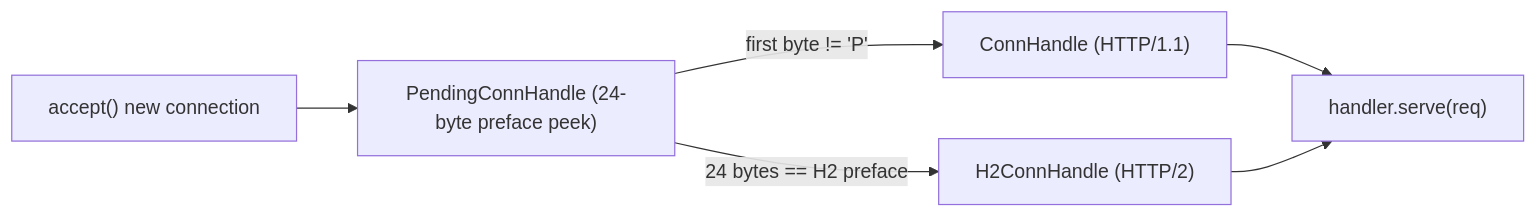
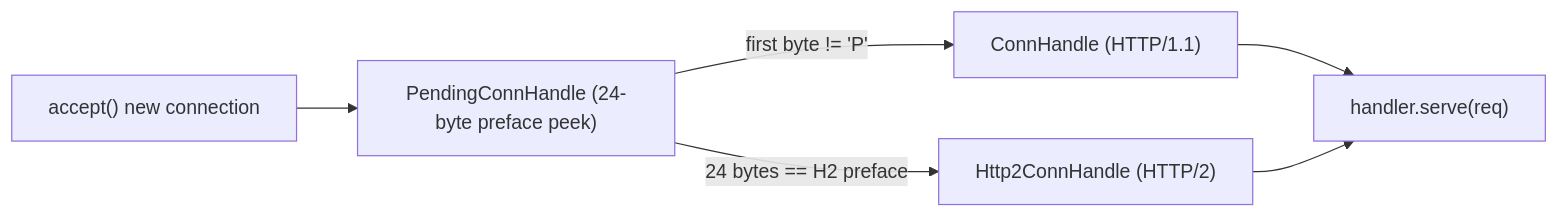
One commit to ehsanmok/flare changed the third of 3 diagrams in docs/architecture.md. Above: the diagram before and after it, drawn with Mermaid. The commit also changed other lines of this file and 92 other files, not shown here.

````diff
--- a/docs/architecture.md
+++ b/docs/architecture.md
@@ -379,8 +379,8 @@
 ```mermaid
 flowchart LR
     Accept["accept() new connection"] --> Pending["PendingConnHandle (24-byte preface peek)"]
     Pending -->|"first byte != 'P'"| H1["ConnHandle (HTTP/1.1)"]
-    Pending -->|"24 bytes == H2 preface"| H2["H2ConnHandle (HTTP/2)"]
+    Pending -->|"24 bytes == H2 preface"| H2["Http2ConnHandle (HTTP/2)"]
     H1 --> Handler["handler.serve(req)"]
     H2 --> Handler
 ```
````
